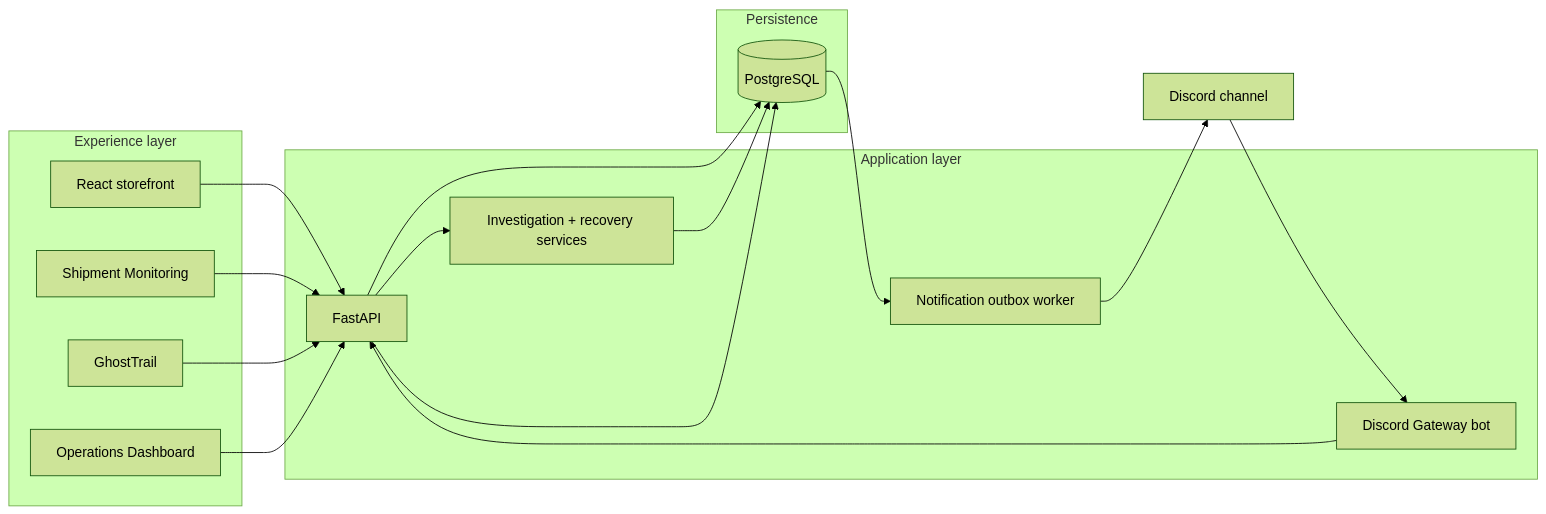
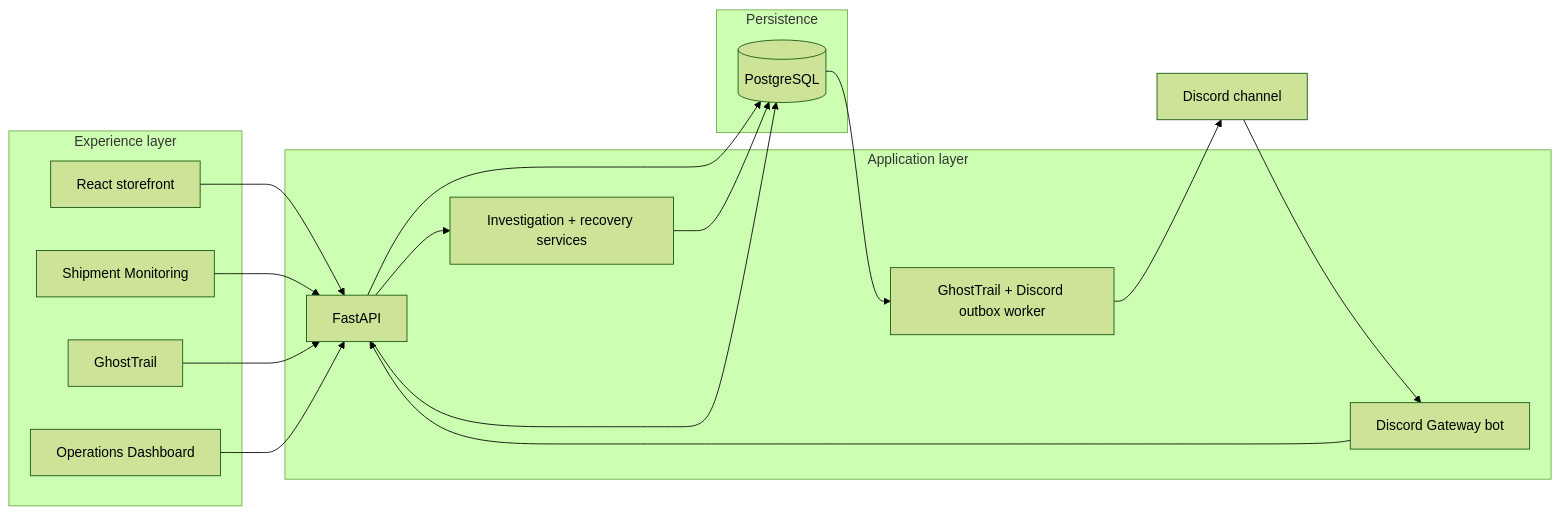
The second of 2 diagrams in README.md (ayush2459/Aftermath-AI), drawn with Mermaid (forest theme) before and after one commit. The commit also changed other lines of this file, not shown here.

Commit message:
Update README for autonomous GhostTrail worker

````diff
--- a/README.md
+++ b/README.md
@@ -113,33 +113,33 @@
 ```mermaid
 flowchart LR
     subgraph Experience["Experience layer"]
       Store["React storefront"]
       Ship["Shipment Monitoring"]
       Ghost["GhostTrail"]
       Ops["Operations Dashboard"]
     end
 
     subgraph Services["Application layer"]
       API["FastAPI"]
       Investigate["Investigation + recovery services"]
-      Notify["Notification outbox worker"]
+      Notify["GhostTrail + Discord outbox worker"]
       Bot["Discord Gateway bot"]
     end
 
     subgraph Data["Persistence"]
       DB[("PostgreSQL")]
     end
 
     Store --> API
     Ship --> API
     Ghost --> API
     Ops --> API
     API --> Investigate
     API --> DB
     Investigate --> DB
     DB --> Notify
     Notify --> Discord["Discord channel"]
     Discord --> Bot
     Bot --> API
     API --> DB
 ```
````
